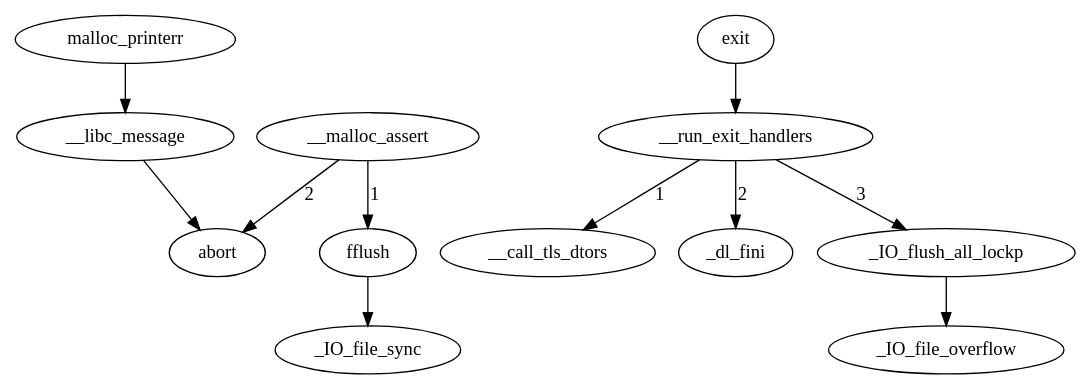
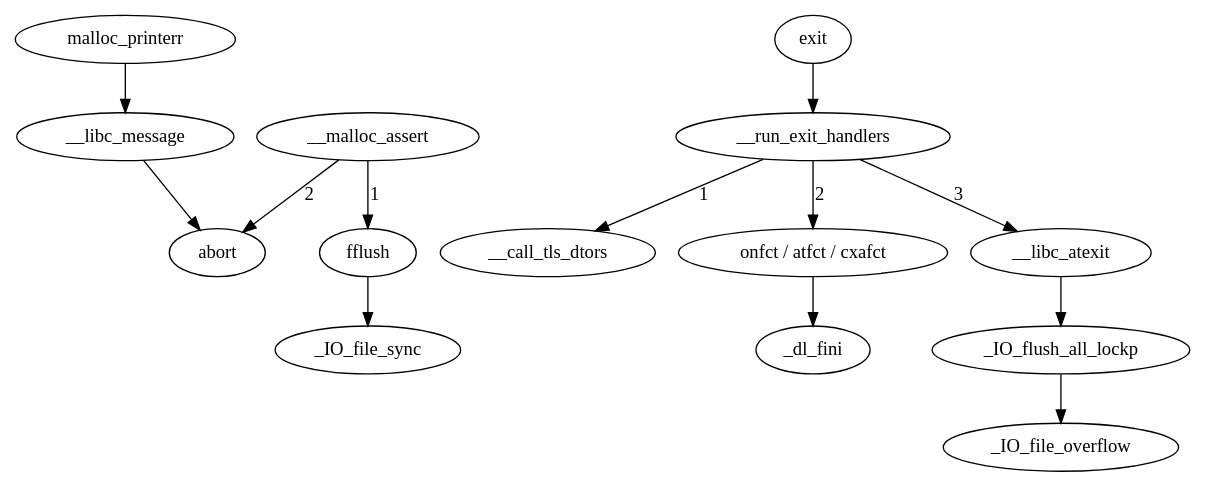
The diagram in terminate.gv (RioKato/pwn-cheatsheet), drawn with Graphviz before and after one commit. The commit also changed 2 other files, not shown here.

```diff
--- a/terminate.gv
+++ b/terminate.gv
@@ -1,11 +1,14 @@
 digraph {
   malloc_printerr -> __libc_message -> abort;
   exit -> __run_exit_handlers;
   __run_exit_handlers -> __call_tls_dtors [label = "1"];
-  __run_exit_handlers -> _dl_fini [label = "2"];
-  __run_exit_handlers-> _IO_flush_all_lockp [label = "3"];
+  __run_exit_handlers -> "onfct / atfct / cxafct" [label = "2"];
+  __run_exit_handlers -> __libc_atexit [label = "3"];
+  "onfct / atfct / cxafct" -> _dl_fini;
+  __libc_atexit ->_IO_flush_all_lockp;
+
   _IO_flush_all_lockp -> _IO_file_overflow;
   __malloc_assert -> fflush [label = "1"];
   __malloc_assert -> abort [label = "2"];
   fflush -> _IO_file_sync;
 }
```
